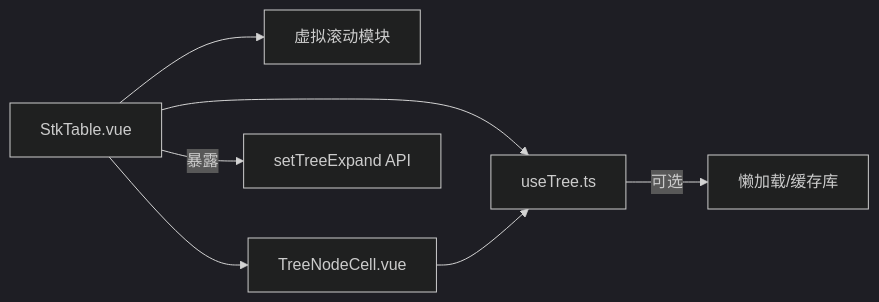
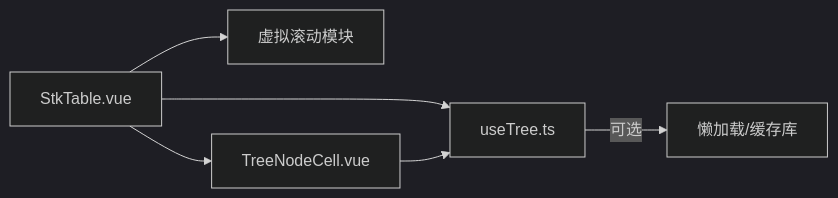
The sixth of 6 diagrams in .qoder/repowiki/zh/content/高级功能/树形数据.md (ja-plus/stk-table-vue), drawn with Mermaid (dark theme) before and after one commit. The commit also changed other lines of this file and 47 other files, not shown here.

````diff
--- a/.qoder/repowiki/zh/content/高级功能/树形数据.md
+++ b/.qoder/repowiki/zh/content/高级功能/树形数据.md
@@ -284,9 +273,8 @@
 ```mermaid
 graph LR
 ST["StkTable.vue"] --> UT["useTree.ts"]
 ST --> VT["虚拟滚动模块"]
 ST --> TC["TreeNodeCell.vue"]
 TC --> UT
 UT --> |可选| LL["懒加载/缓存库"]
-ST --> |暴露| API["setTreeExpand API"]
 ```
````
